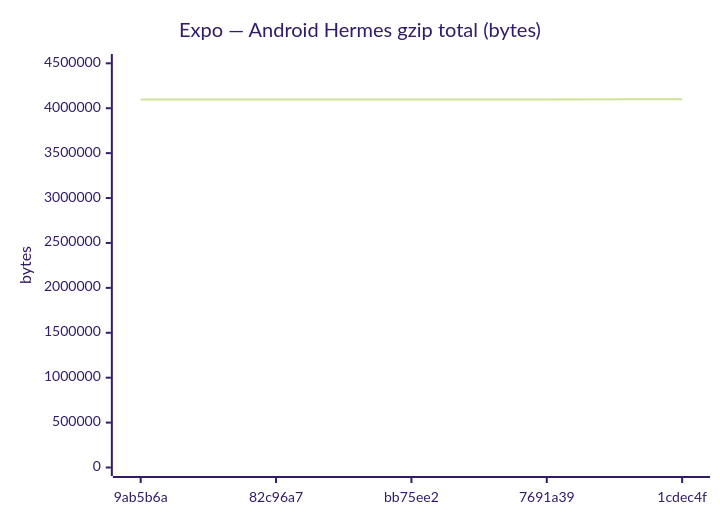
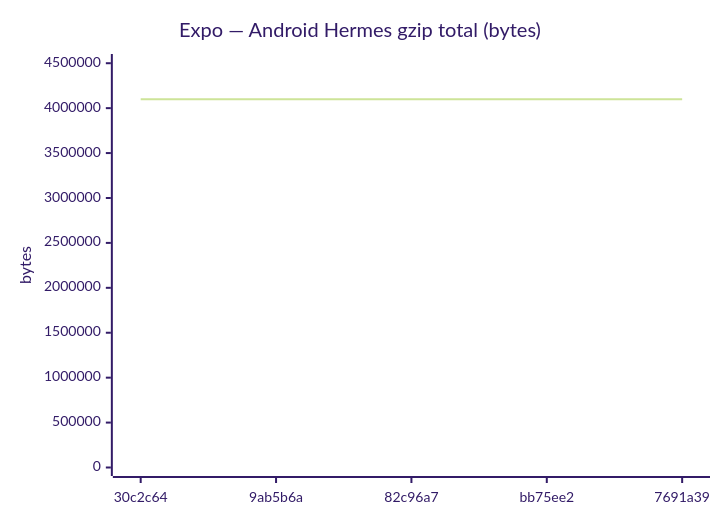
Diagram 11 of 18 in benchmarks/compare.md (Metaheurist/Rianell), drawn with Mermaid (forest theme) before and after one commit. The commit also changed other lines of this file and 11 other files, not shown here.

````diff
--- a/benchmarks/compare.md
+++ b/benchmarks/compare.md
@@ -172,7 +172,7 @@
 ```mermaid
 xychart-beta
     title "Expo — Android Hermes gzip total (bytes)"
-    x-axis ["9ab5b6a", "82c96a7", "bb75ee2", "7691a39", "1cdec4f"]
-    y-axis "bytes" 0 --> 4509032
-    line [4098155, 4098085, 4098255, 4098083, 4099120]
+    x-axis ["30c2c64", "9ab5b6a", "82c96a7", "bb75ee2", "7691a39"]
+    y-axis "bytes" 0 --> 4508081
+    line [4098021, 4098155, 4098085, 4098255, 4098083]
 ```
````
